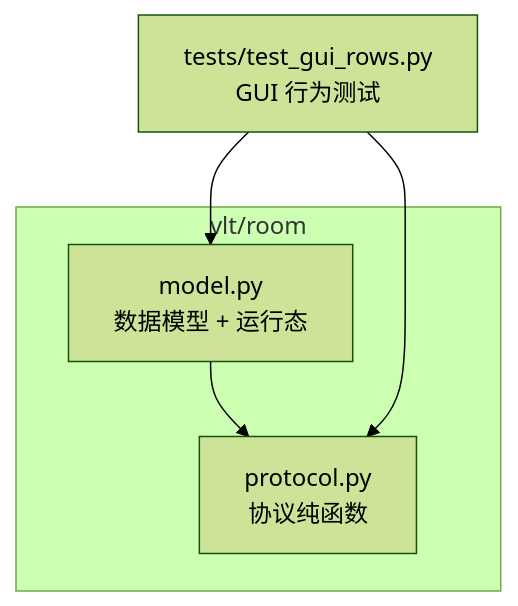
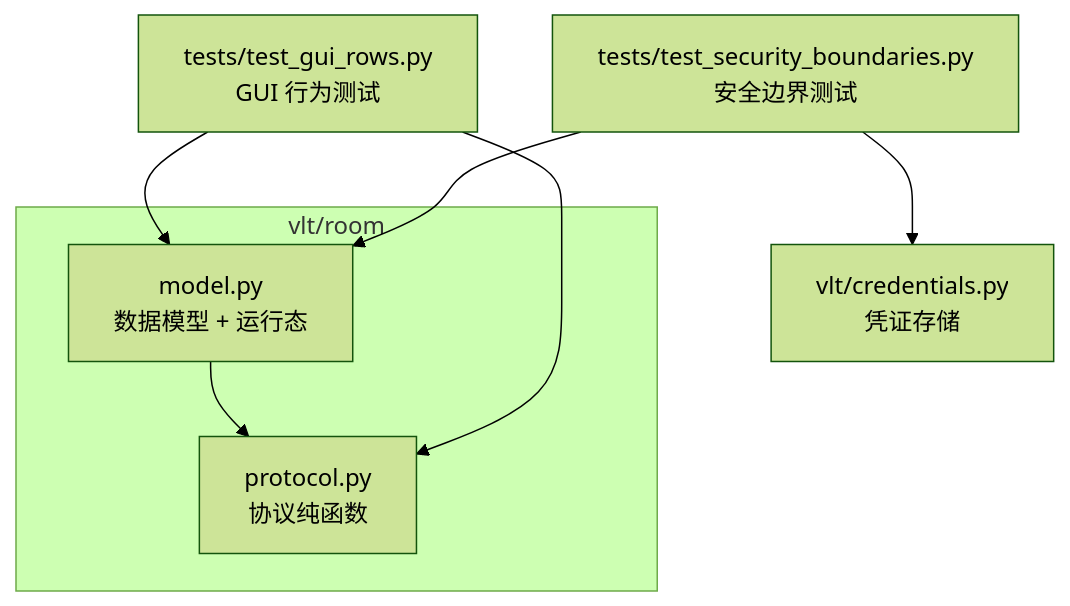
Before and after one commit to EMeowAGENT/vrchat-livetranslate: the first of 6 diagrams in .qoder/repowiki/zh/content/房间协作功能/房间数据模型.md, drawn with Mermaid (forest theme). The commit also changed other lines of this file and 75 other files, not shown here.

````diff
--- a/.qoder/repowiki/zh/content/房间协作功能/房间数据模型.md
+++ b/.qoder/repowiki/zh/content/房间协作功能/房间数据模型.md
@@ -31,11 +44,15 @@
 ```mermaid
 graph TB
 subgraph "vlt/room"
 M["model.py<br/>数据模型 + 运行态"]
 P["protocol.py<br/>协议纯函数"]
 end
 T["tests/test_gui_rows.py<br/>GUI 行为测试"]
+S["tests/test_security_boundaries.py<br/>安全边界测试"]
+C["vlt/credentials.py<br/>凭证存储"]
 M --> P
 T --> M
 T --> P
+S --> M
+S --> C
 ```
````
